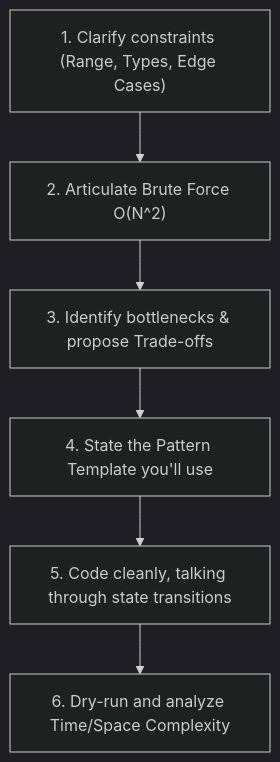
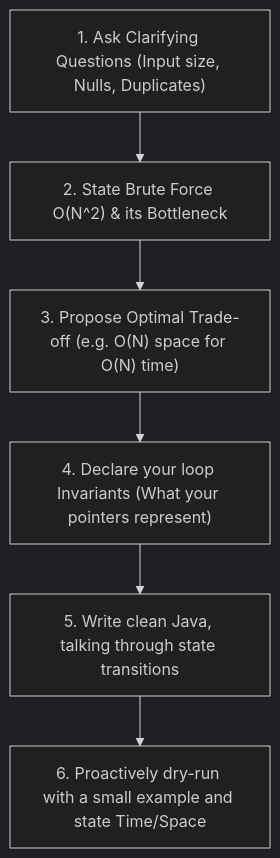
Before and after one commit to ramesankrishnakumar/BrainDump: the diagram in interview-prep/docs/fast-track-study-plan.md, drawn with Mermaid (dark theme). The commit also changed other lines of this file, not shown here.

Commit message:
Consolidate all study roadmap, Java skeletons, and Concurrency blueprints in fast-track-study-plan.md

````diff
--- a/interview-prep/docs/fast-track-study-plan.md
+++ b/interview-prep/docs/fast-track-study-plan.md
@@ -69,8 +44,8 @@
 ```mermaid
 graph TD
-    A["1. Clarify constraints (Range, Types, Edge Cases)"] --> B["2. Articulate Brute Force O(N^2)"]
-    B --> C["3. Identify bottlenecks & propose Trade-offs"]
-    C --> D["4. State the Pattern Template you'll use"]
-    D --> E["5. Code cleanly, talking through state transitions"]
-    E --> F["6. Dry-run and analyze Time/Space Complexity"]
+    A["1. Ask Clarifying Questions (Input size, Nulls, Duplicates)"] --> B["2. State Brute Force O(N^2) & its Bottleneck"]
+    B --> C["3. Propose Optimal Trade-off (e.g. O(N) space for O(N) time)"]
+    C --> D["4. Declare your loop Invariants (What your pointers represent)"]
+    D --> E["5. Write clean Java, talking through state transitions"]
+    E --> F["6. Proactively dry-run with a small example and state Time/Space"]
 ```
````
